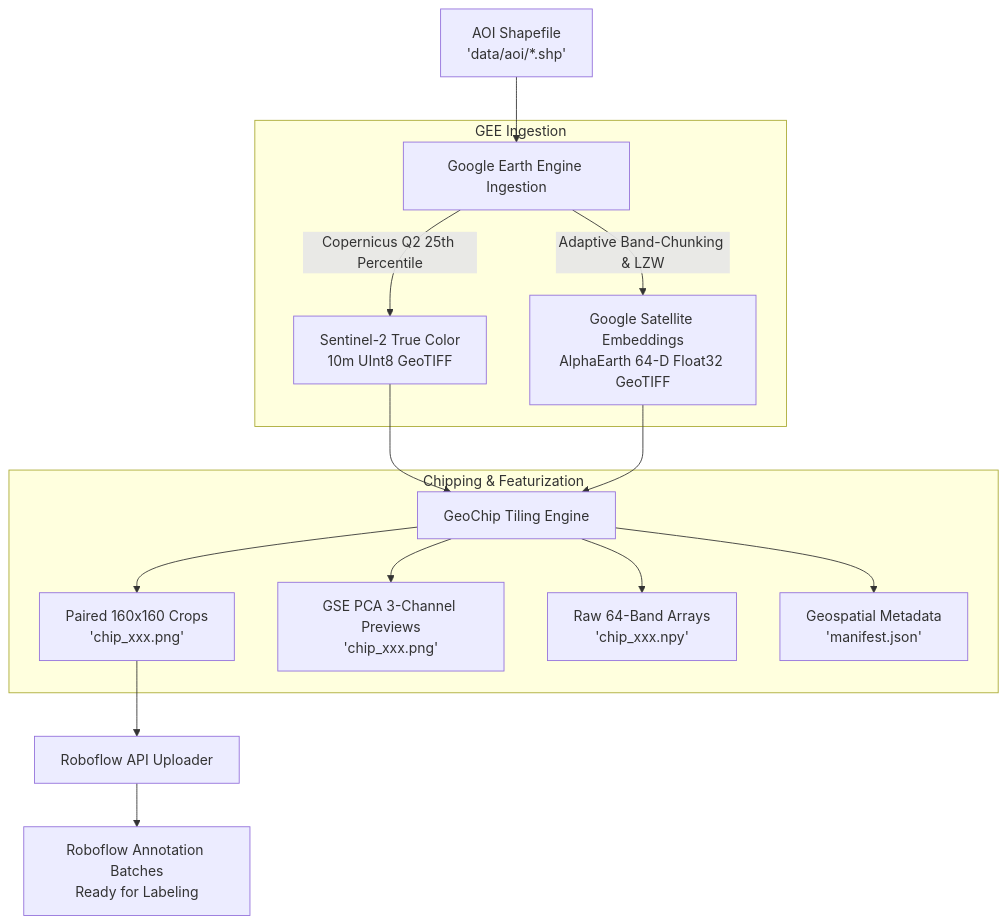
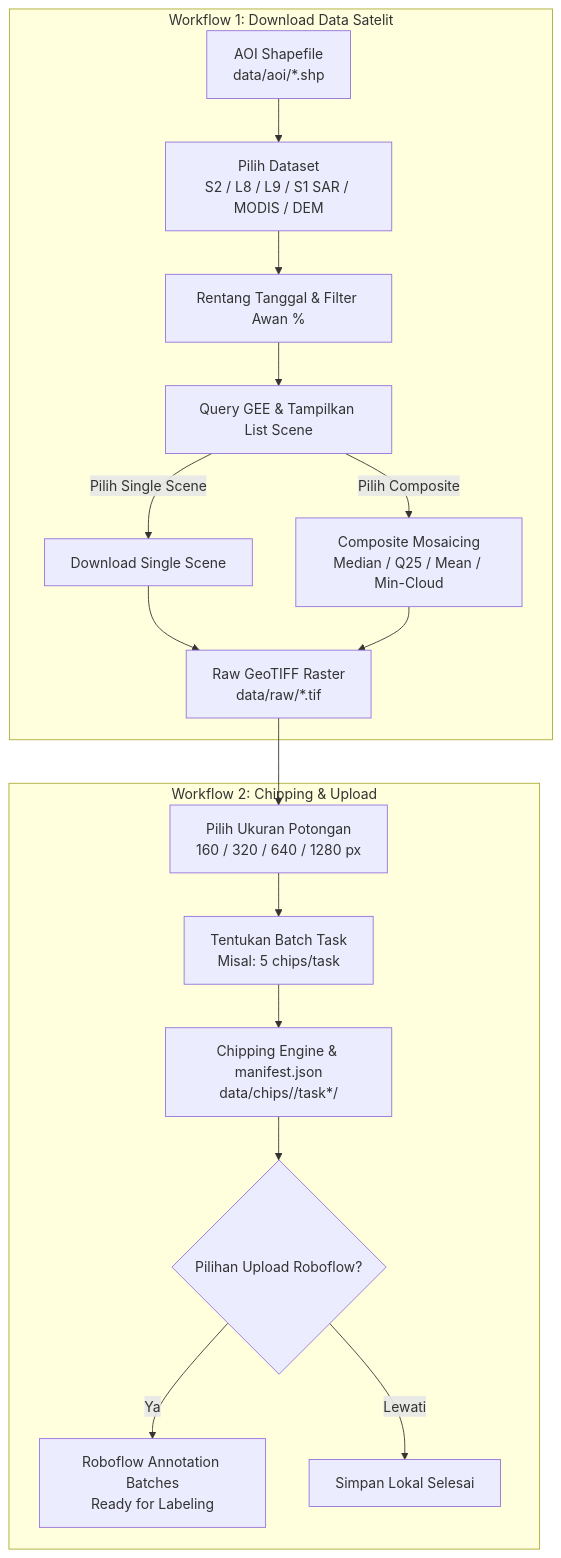
The diagram in README.md (Anovvy/GeoChip), drawn with Mermaid before and after one commit. The commit also changed other lines of this file and 39 other files, not shown here.

````diff
--- a/README.md
+++ b/README.md
@@ -33,22 +45,21 @@
 ```mermaid
 flowchart TD
-    A[AOI Shapefile\n'data/aoi/*.shp'] --> B[Google Earth Engine Ingestion]
-    
-    subgraph GEE Ingestion
-        B -->|Copernicus Q2 25th Percentile| C1[Sentinel-2 True Color\n10m UInt8 GeoTIFF]
-        B -->|Adaptive Band-Chunking & LZW| C2[Google Satellite Embeddings\nAlphaEarth 64-D Float32 GeoTIFF]
+    subgraph W1[Workflow 1: Download Data Satelit]
+        A[AOI Shapefile\ndata/aoi/*.shp] --> B[Pilih Dataset\nS2 / L8 / L9 / S1 SAR / MODIS / DEM]
+        B --> C[Rentang Tanggal & Filter Awan %]
+        C --> D[Query GEE & Tampilkan List Scene]
+        D -->|Pilih Single Scene| E1[Download Single Scene]
+        D -->|Pilih Composite| E2[Composite Mosaicing\nMedian / Q25 / Mean / Min-Cloud]
+        E1 --> F[Raw GeoTIFF Raster\ndata/raw/*.tif]
+        E2 --> F
     end
-    
-    C1 --> D[GeoChip Tiling Engine]
-    C2 --> D
-    
-    subgraph Chipping & Featurization
-        D --> E1[Paired 160x160 Crops\n'chip_xxx.png']
-        D --> E2[GSE PCA 3-Channel Previews\n'chip_xxx.png']
-        D --> E3[Raw 64-Band Arrays\n'chip_xxx.npy']
-        D --> E4[Geospatial Metadata\n'manifest.json']
+
+    subgraph W2[Workflow 2: Chipping & Upload]
+        F --> G[Pilih Ukuran Potongan\n160 / 320 / 640 / 1280 px]
+        G --> H[Tentukan Batch Task\nMisal: 5 chips/task]
+        H --> I[Chipping Engine & manifest.json\ndata/chips/<raster>/task*/]
+        I --> J{Pilihan Upload Roboflow?}
+        J -->|Ya| K[Roboflow Annotation Batches\nReady for Labeling]
+        J -->|Lewati| L[Simpan Lokal Selesai]
     end
-    
-    E1 --> F[Roboflow API Uploader]
-    F --> G[Roboflow Annotation Batches\nReady for Labeling]
 ```
````
